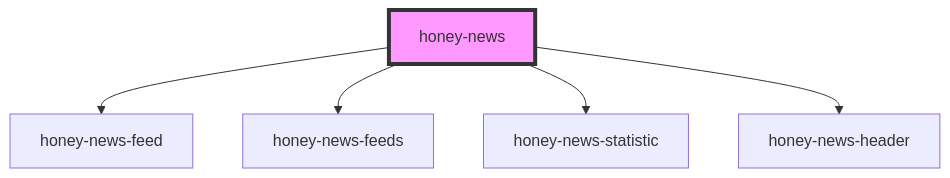
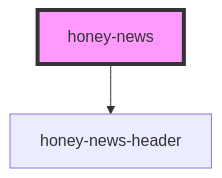
One commit to Huluvu424242/huluvu424242.github.io changed the diagram in src/components/honey-news/readme.md. Above: the diagram before and after it, drawn with Mermaid. The commit also changed other lines of this file and 20 other files, not shown here.

````diff
--- a/src/components/honey-news/readme.md
+++ b/src/components/honey-news/readme.md
@@ -25,8 +22,5 @@
 ```mermaid
 graph TD;
-  honey-news --> honey-news-feed
-  honey-news --> honey-news-feeds
-  honey-news --> honey-news-statistic
   honey-news --> honey-news-header
   style honey-news fill:#f9f,stroke:#333,stroke-width:4px
 ```
````
